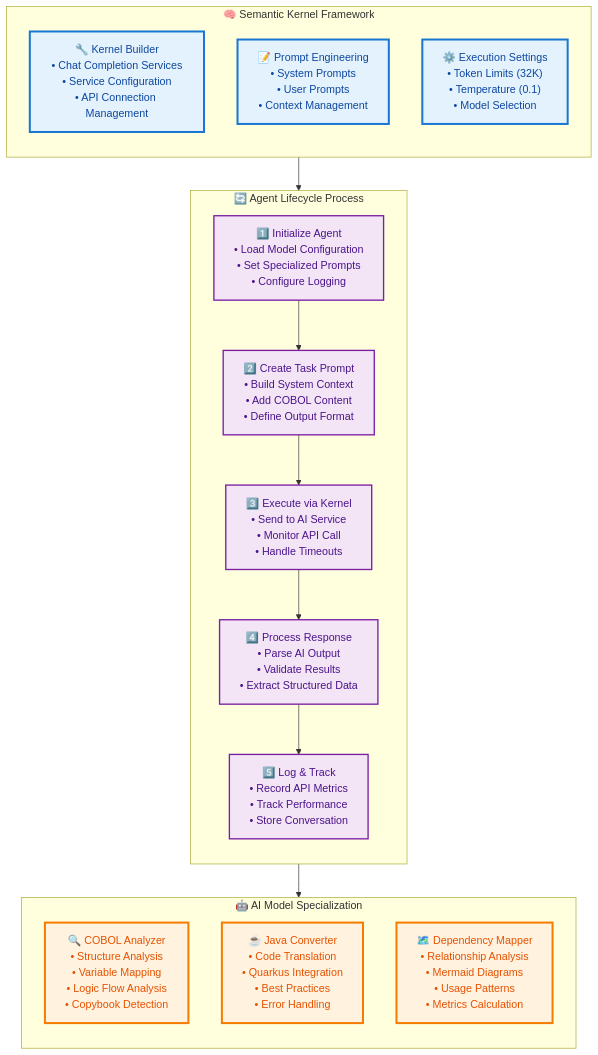
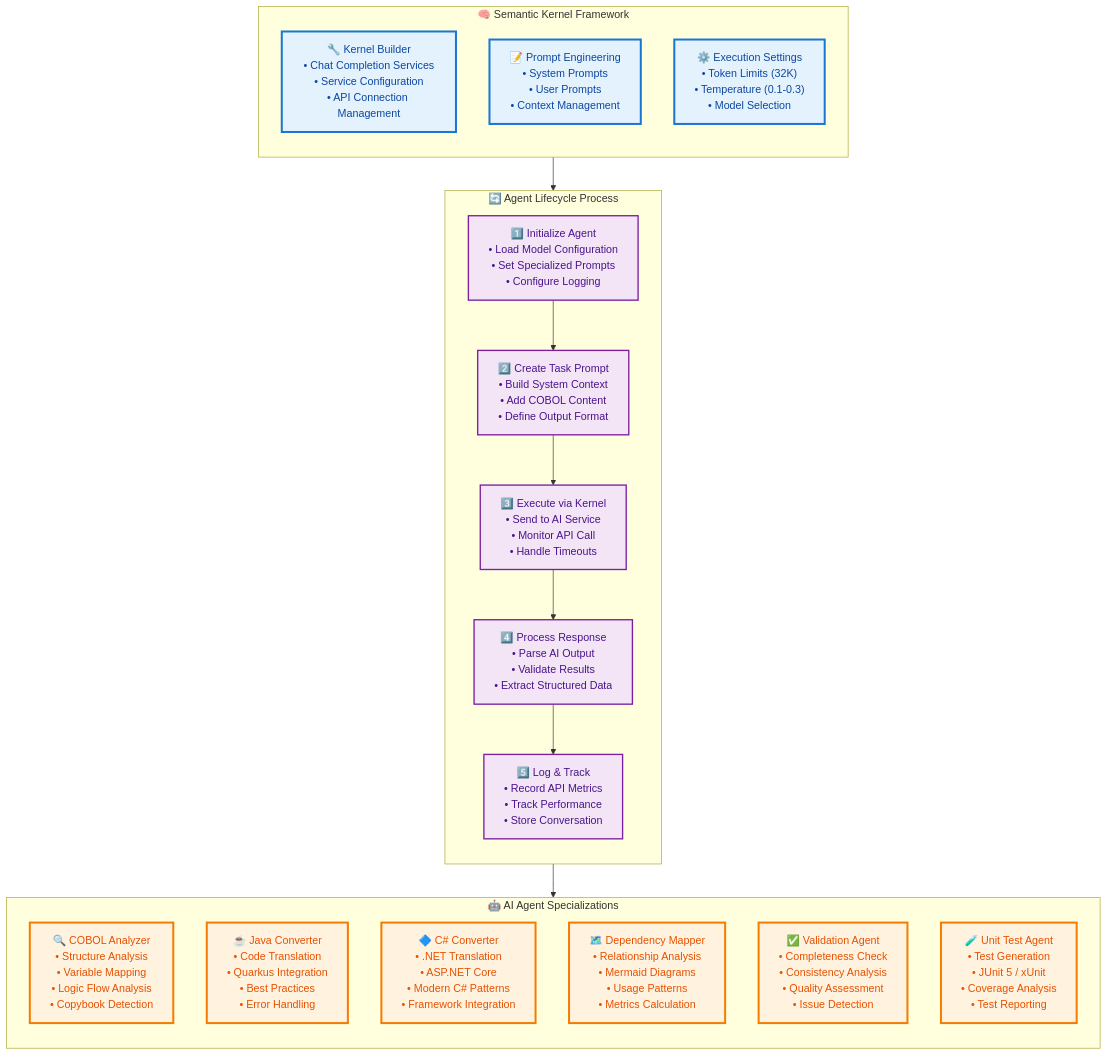
The second of 3 diagrams in README.md (Azure-Samples/Legacy-Modernization-Agents), drawn with Mermaid before and after one commit. The commit also changed other lines of this file, not shown here.

Commit message:
Update README.md and .gitignore to reflect new features in unit test generation and reporting.

````diff
--- a/README.md
+++ b/README.md
@@ -216,44 +659,47 @@
 ```mermaid
 graph TB
     subgraph SK_KERNEL ["🧠 Semantic Kernel Framework"]
         direction TB
         KERNEL["🔧 Kernel Builder<br/>• Chat Completion Services<br/>• Service Configuration<br/>• API Connection Management"]
         PROMPT_ENGINE["📝 Prompt Engineering<br/>• System Prompts<br/>• User Prompts<br/>• Context Management"]
-        EXECUTION["⚙️ Execution Settings<br/>• Token Limits (32K)<br/>• Temperature (0.1)<br/>• Model Selection"]
+        EXECUTION["⚙️ Execution Settings<br/>• Token Limits (32K)<br/>• Temperature (0.1-0.3)<br/>• Model Selection"]
     end
     
     subgraph AGENT_LIFECYCLE ["🔄 Agent Lifecycle Process"]
         direction TB
         INIT["1️⃣ Initialize Agent<br/>• Load Model Configuration<br/>• Set Specialized Prompts<br/>• Configure Logging"]
         PROMPT["2️⃣ Create Task Prompt<br/>• Build System Context<br/>• Add COBOL Content<br/>• Define Output Format"]
         EXECUTE["3️⃣ Execute via Kernel<br/>• Send to AI Service<br/>• Monitor API Call<br/>• Handle Timeouts"]
         PROCESS_RESPONSE["4️⃣ Process Response<br/>• Parse AI Output<br/>• Validate Results<br/>• Extract Structured Data"]
         LOG["5️⃣ Log & Track<br/>• Record API Metrics<br/>• Track Performance<br/>• Store Conversation"]
         
         INIT --> PROMPT
         PROMPT --> EXECUTE
         EXECUTE --> PROCESS_RESPONSE
         PROCESS_RESPONSE --> LOG
     end
     
-    subgraph AI_MODELS ["🤖 AI Model Specialization"]
+    subgraph AI_MODELS ["🤖 AI Agent Specializations"]
         direction TB
         ANALYZER_MODEL["🔍 COBOL Analyzer<br/>• Structure Analysis<br/>• Variable Mapping<br/>• Logic Flow Analysis<br/>• Copybook Detection"]
-        CONVERTER_MODEL["☕ Java Converter<br/>• Code Translation<br/>• Quarkus Integration<br/>• Best Practices<br/>• Error Handling"]
+        JAVA_CONVERTER["☕ Java Converter<br/>• Code Translation<br/>• Quarkus Integration<br/>• Best Practices<br/>• Error Handling"]
+        CSHARP_CONVERTER["🔷 C# Converter<br/>• .NET Translation<br/>• ASP.NET Core<br/>• Modern C# Patterns<br/>• Framework Integration"]
         DEPENDENCY_MODEL["🗺️ Dependency Mapper<br/>• Relationship Analysis<br/>• Mermaid Diagrams<br/>• Usage Patterns<br/>• Metrics Calculation"]
+        VALIDATION_MODEL["✅ Validation Agent<br/>• Completeness Check<br/>• Consistency Analysis<br/>• Quality Assessment<br/>• Issue Detection"]
+        UNITTEST_MODEL["🧪 Unit Test Agent<br/>• Test Generation<br/>• JUnit 5 / xUnit<br/>• Coverage Analysis<br/>• Test Reporting"]
     end
     
     %% Connections
     SK_KERNEL --> AGENT_LIFECYCLE
     AGENT_LIFECYCLE --> AI_MODELS
     
     %% Enhanced Styling
     classDef kernelStyle fill:#e3f2fd,stroke:#1976d2,stroke-width:3px,color:#0d47a1
     classDef lifecycleStyle fill:#f1f8e9,stroke:#689f38,stroke-width:3px,color:#1b5e20
     classDef modelStyle fill:#fff3e0,stroke:#f57c00,stroke-width:3px,color:#e65100
     classDef stepStyle fill:#f3e5f5,stroke:#7b1fa2,stroke-width:2px,color:#4a148c
     
     class KERNEL,PROMPT_ENGINE,EXECUTION kernelStyle
     class INIT,PROMPT,EXECUTE,PROCESS_RESPONSE,LOG stepStyle
-    class ANALYZER_MODEL,CONVERTER_MODEL,DEPENDENCY_MODEL modelStyle
+    class ANALYZER_MODEL,JAVA_CONVERTER,CSHARP_CONVERTER,DEPENDENCY_MODEL,VALIDATION_MODEL,UNITTEST_MODEL modelStyle
 ```
````
